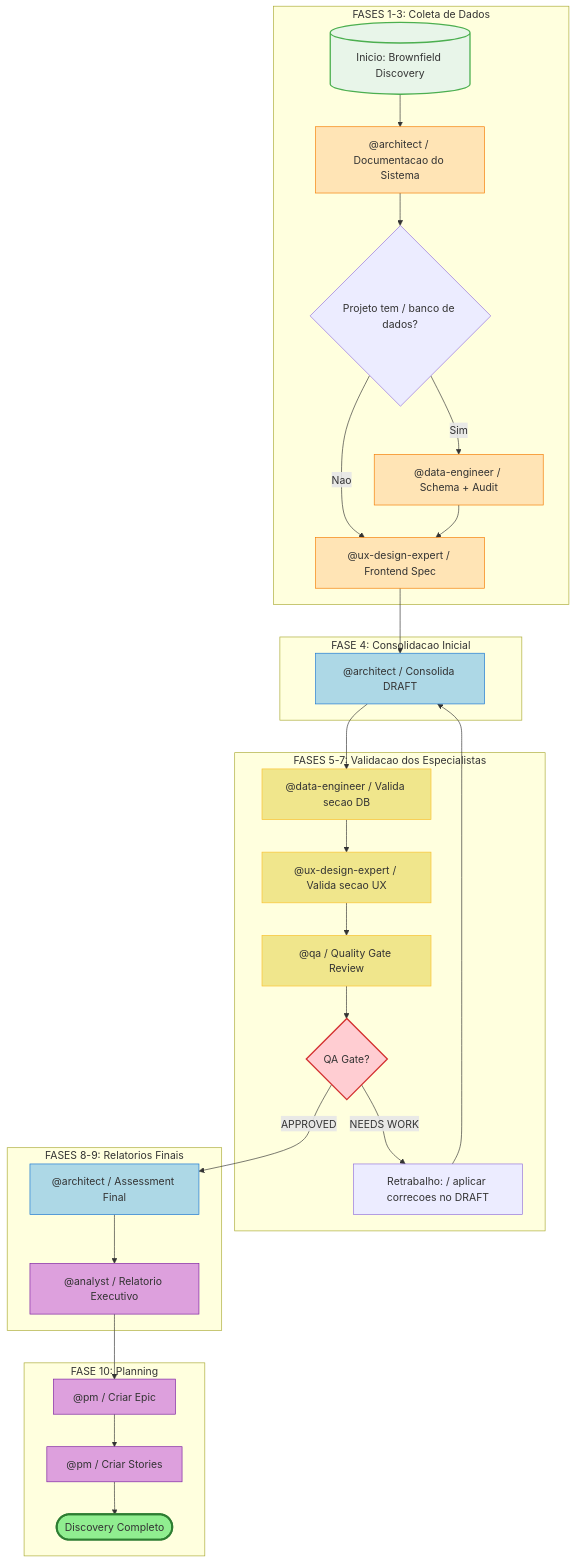
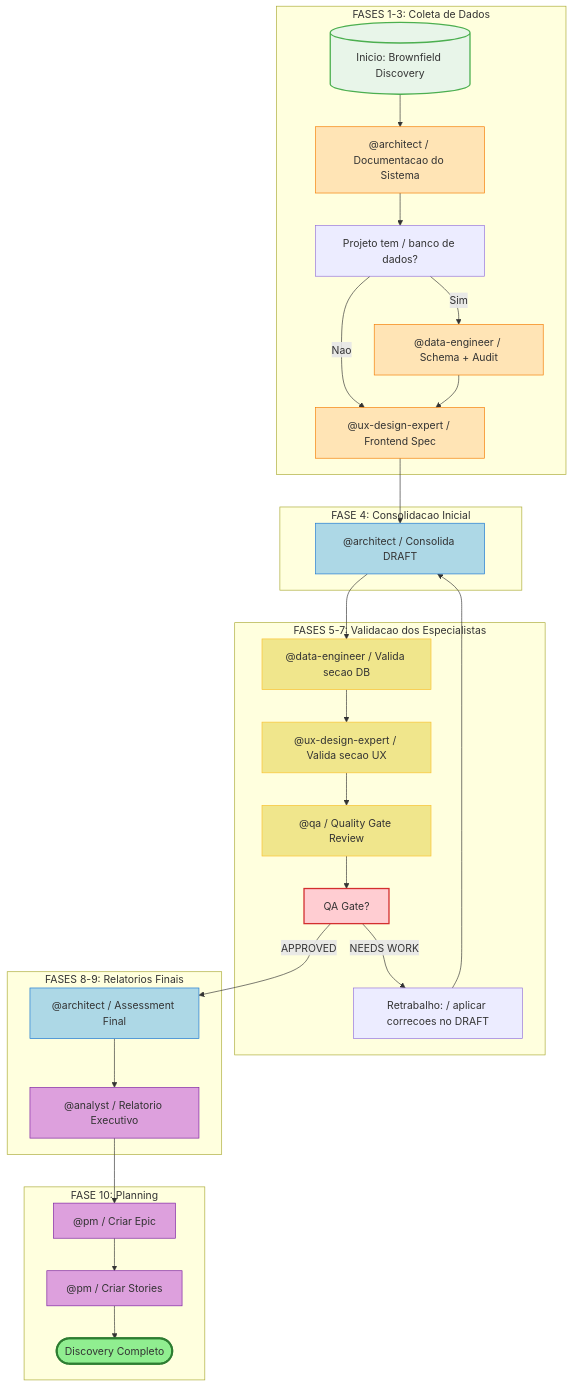
The first of 7 diagrams in content/en/docs/guides/workflows/BROWNFIELD-DISCOVERY-WORKFLOW.mdx (bychrisr/aios-docs), drawn with Mermaid before and after one commit. The commit also changed other lines of this file and 40 other files, not shown here.

````diff
--- a/content/en/docs/guides/workflows/BROWNFIELD-DISCOVERY-WORKFLOW.mdx
+++ b/content/en/docs/guides/workflows/BROWNFIELD-DISCOVERY-WORKFLOW.mdx
@@ -42,49 +42,49 @@
 ```mermaid
 flowchart TD
     subgraph FASE_1_3["FASES 1-3: Coleta de Dados"]
         A[("Inicio: Brownfield Discovery")] --> B["@architect / Documentacao do Sistema"]
-        B --> C{Projeto tem / banco de dados?}
+        B --> C[Projeto tem / banco de dados?]
         C -->|Sim| D["@data-engineer / Schema + Audit"]
         C -->|Nao| E["@ux-design-expert / Frontend Spec"]
         D --> E
     end
 
     subgraph FASE_4["FASE 4: Consolidacao Inicial"]
         E --> F["@architect / Consolida DRAFT"]
     end
 
     subgraph FASE_5_7["FASES 5-7: Validacao dos Especialistas"]
         F --> G["@data-engineer / Valida secao DB"]
         G --> H["@ux-design-expert / Valida secao UX"]
         H --> I["@qa / Quality Gate Review"]
-        I --> J{QA Gate?}
+        I --> J[QA Gate?]
         J -->|NEEDS WORK| K["Retrabalho: / aplicar correcoes no DRAFT"]
         K --> F
     end
 
     subgraph FASE_8_9["FASES 8-9: Relatorios Finais"]
         J -->|APPROVED| L["@architect / Assessment Final"]
         L --> M["@analyst / Relatorio Executivo"]
     end
 
     subgraph FASE_10["FASE 10: Planning"]
         M --> N["@pm / Criar Epic"]
         N --> O["@pm / Criar Stories"]
         O --> P(["Discovery Completo"])
     end
 
     style A fill:#E8F5E9,stroke:#4CAF50,stroke-width:2px
     style P fill:#90EE90,stroke:#2E7D32,stroke-width:3px
     style B fill:#FFE4B5,stroke:#F57C00
     style D fill:#FFE4B5,stroke:#F57C00
     style E fill:#FFE4B5,stroke:#F57C00
     style F fill:#ADD8E6,stroke:#1976D2
     style L fill:#ADD8E6,stroke:#1976D2
     style G fill:#F0E68C,stroke:#FBC02D
     style H fill:#F0E68C,stroke:#FBC02D
     style I fill:#F0E68C,stroke:#FBC02D
     style M fill:#DDA0DD,stroke:#7B1FA2
     style N fill:#DDA0DD,stroke:#7B1FA2
     style O fill:#DDA0DD,stroke:#7B1FA2
     style J fill:#FFCDD2,stroke:#D32F2F,stroke-width:2px
 ```
````
